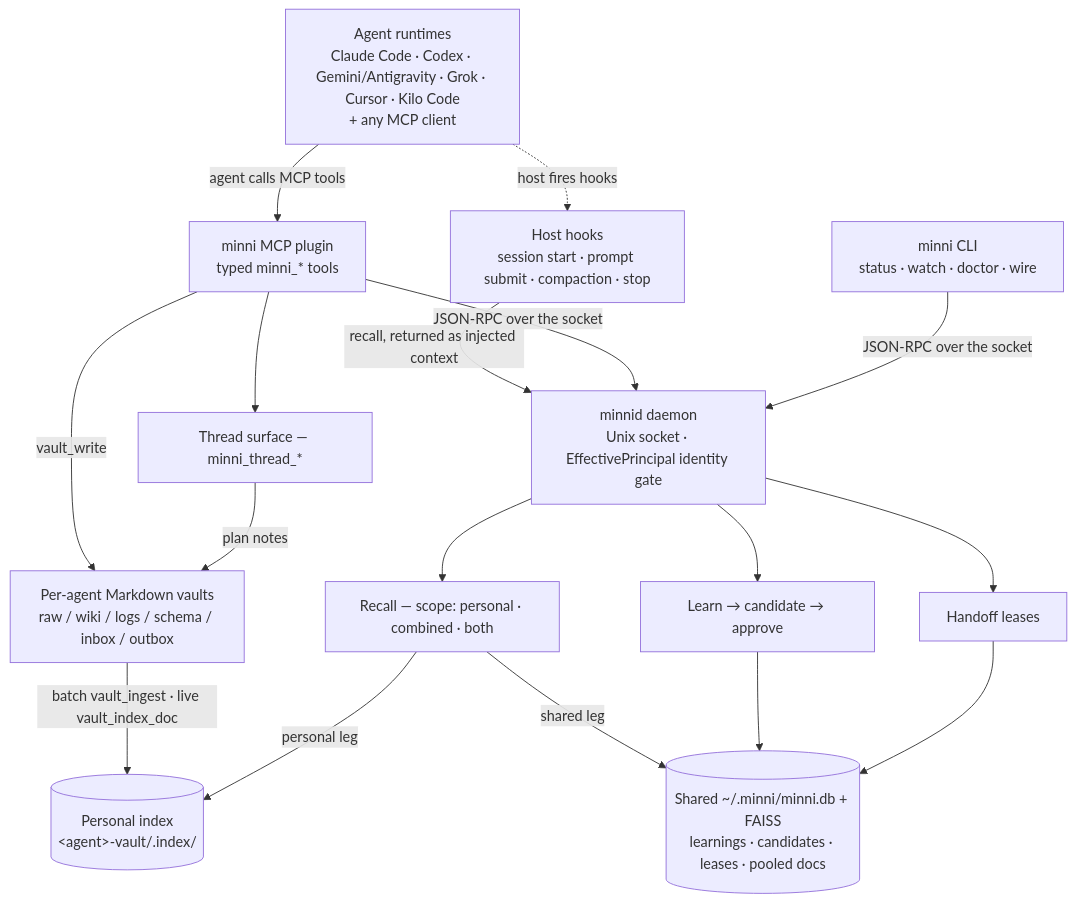
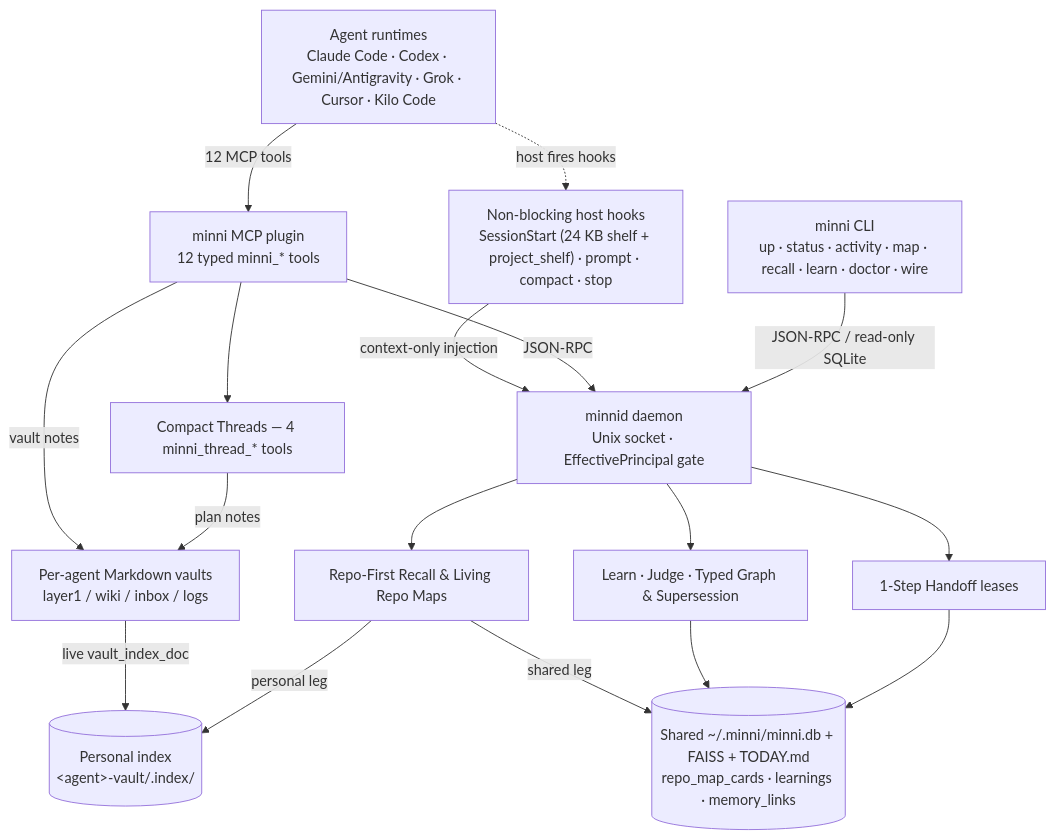
Before and after one commit to infektyd/minni: the diagram in README.md, drawn with Mermaid. The commit also changed other lines of this file and 33 other files, not shown here.

Commit message:
feat(v1-wave5): plain-English TODAY.md digest, non-clobbering payload staging, and v1 docs alignment

````diff
--- a/README.md
+++ b/README.md
@@ -153,39 +113,37 @@
 ```mermaid
-%% Budget: 12/18 nodes, 16 edges. Dashed = host-fired; solid = someone calls.
-%% Tool names re-verified 2026-08-04: the thread surface ships as minni_thread_*;
-%% the pre-rename minni_plan_* aliases are removed.
+%% Budget: 12/18 nodes, 16/16 edges. Dashed = host-fired; solid = direct call.
 flowchart TD
-    Agents["Agent runtimes<br/>Claude Code · Codex · Gemini/Antigravity · Grok · Cursor · Kilo Code<br/>+ any MCP client"]
-    Hooks["Host hooks<br/>session start · prompt submit · compaction · stop"]
-    Plugin["minni MCP plugin<br/>typed minni_* tools"]
-    CLI["minni CLI<br/>status · watch · doctor · wire"]
-    Daemon["minnid daemon<br/>Unix socket · EffectivePrincipal identity gate"]
+    Agents["Agent runtimes<br/>Claude Code · Codex · Gemini/Antigravity · Grok · Cursor · Kilo Code"]
+    Hooks["Non-blocking host hooks<br/>SessionStart (24 KB shelf + project_shelf) · prompt · compact · stop"]
+    Plugin["minni MCP plugin<br/>12 typed minni_* tools"]
+    CLI["minni CLI<br/>up · status · activity · map · recall · learn · doctor · wire"]
+    Daemon["minnid daemon<br/>Unix socket · EffectivePrincipal gate"]
 
-    Retrieval["Recall — scope: personal · combined · both"]
-    Governance["Learn → candidate → approve"]
-    Handoff["Handoff leases"]
-    Plans["Thread surface — minni_thread_*"]
-    Vaults["Per-agent Markdown vaults<br/>raw / wiki / logs / schema / inbox / outbox"]
+    Retrieval["Repo-First Recall &amp; Living Repo Maps"]
+    Governance["Learn · Judge · Typed Graph &amp; Supersession"]
+    Handoff["1-Step Handoff leases"]
+    Plans["Compact Threads — 4 minni_thread_* tools"]
+    Vaults["Per-agent Markdown vaults<br/>layer1 / wiki / inbox / logs"]
     Personal[("Personal index<br/>&lt;agent&gt;-vault/.index/")]
-    Shared[("Shared ~/.minni/minni.db + FAISS<br/>learnings · candidates · leases · pooled docs")]
+    Shared[("Shared ~/.minni/minni.db + FAISS + TODAY.md<br/>repo_map_cards · learnings · memory_links")]
 
     Agents -.->|host fires hooks| Hooks
-    Agents -->|agent calls MCP tools| Plugin
-    Hooks -->|recall, returned as injected context| Daemon
-    Plugin -->|JSON-RPC over the socket| Daemon
-    CLI -->|JSON-RPC over the socket| Daemon
+    Agents -->|12 MCP tools| Plugin
+    Hooks -->|context-only injection| Daemon
+    Plugin -->|JSON-RPC| Daemon
+    CLI -->|JSON-RPC / read-only SQLite| Daemon
 
     Daemon --> Retrieval
     Daemon --> Governance
     Daemon --> Handoff
 
     Plugin --> Plans
-    Plugin -->|vault_write| Vaults
+    Plugin -->|vault notes| Vaults
     Plans -->|plan notes| Vaults
-    Vaults -->|batch vault_ingest · live vault_index_doc| Personal
+    Vaults -->|live vault_index_doc| Personal
 
     Retrieval -->|personal leg| Personal
     Retrieval -->|shared leg| Shared
     Governance --> Shared
     Handoff --> Shared
 ```
````
